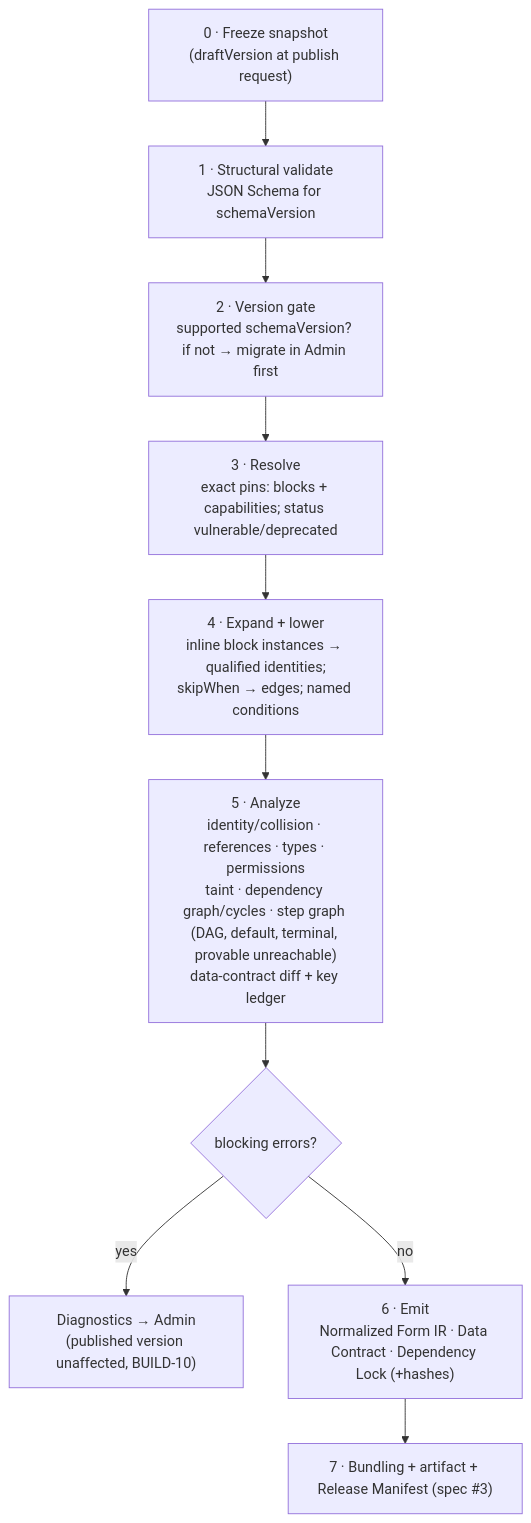
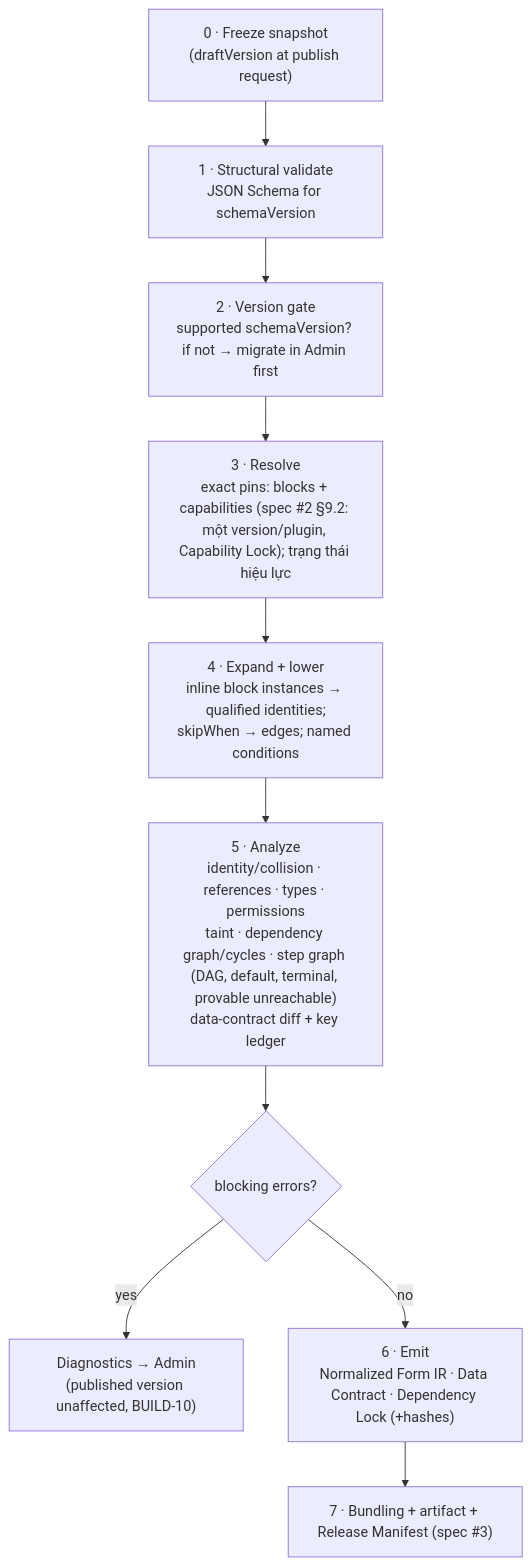
One commit to holong10920/forms_master changed the third of 4 diagrams in docs/superpowers/specs/2026-10-23-form-schema-workflow-design.md. Above: the diagram before and after it, drawn with Mermaid. The commit also changed other lines of this file and 8 other files, not shown here.

````diff
--- a/docs/superpowers/specs/2026-10-23-form-schema-workflow-design.md
+++ b/docs/superpowers/specs/2026-10-23-form-schema-workflow-design.md
@@ -1118,12 +1140,12 @@
 ```mermaid
 flowchart TD
   S0["0 · Freeze snapshot<br/>(draftVersion at publish request)"] --> S1
   S1["1 · Structural validate<br/>JSON Schema for schemaVersion"] --> S2
   S2["2 · Version gate<br/>supported schemaVersion? if not → migrate in Admin first"] --> S3
-  S3["3 · Resolve<br/>exact pins: blocks + capabilities; status vulnerable/deprecated"] --> S4
+  S3["3 · Resolve<br/>exact pins: blocks + capabilities (spec #2 §9.2: một version/plugin, Capability Lock); trạng thái hiệu lực"] --> S4
   S4["4 · Expand + lower<br/>inline block instances → qualified identities;<br/>skipWhen → edges; named conditions"] --> S5
   S5["5 · Analyze<br/>identity/collision · references · types · permissions<br/>taint · dependency graph/cycles · step graph (DAG, default, terminal, provable unreachable)<br/>data-contract diff + key ledger"] --> S6
   S6{"blocking errors?"} -->|yes| E["Diagnostics → Admin<br/>(published version unaffected, BUILD-10)"]
   S6 -->|no| S7["6 · Emit<br/>Normalized Form IR · Data Contract · Dependency Lock (+hashes)"]
   S7 --> S8["7 · Bundling + artifact + Release Manifest (spec #3)"]
 ```
````
